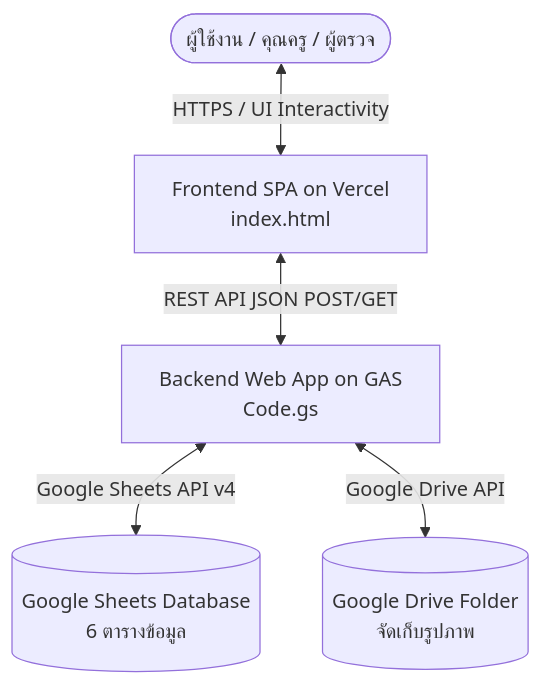
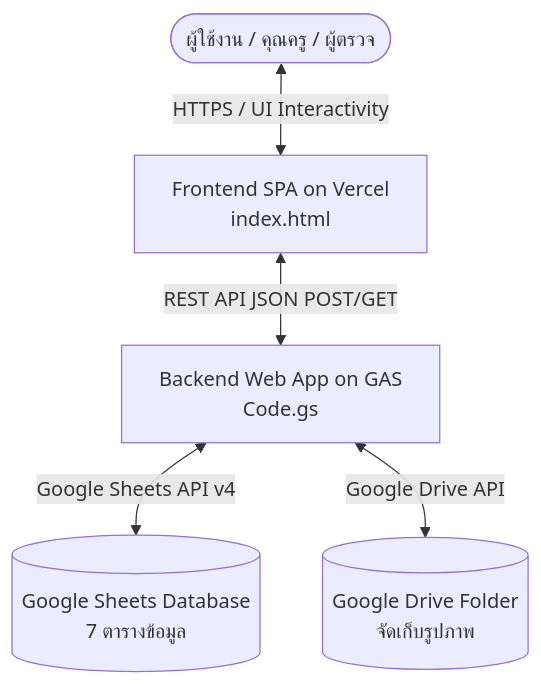
Before and after one commit to pcskschool/pcsk-checkclassroom: the diagram in AGENTS.md, drawn with Mermaid. The commit also changed other lines of this file and 2 other files, not shown here.

````diff
--- a/AGENTS.md
+++ b/AGENTS.md
@@ -14,7 +14,7 @@
 ```mermaid
 graph TD
     User([ผู้ใช้งาน / คุณครู / ผู้ตรวจ]) <-->|HTTPS / UI Interactivity| Vercel[Frontend SPA on Vercel<br/>index.html]
     Vercel <-->|REST API JSON POST/GET| GAS[Backend Web App on GAS<br/>Code.gs]
-    GAS <-->|Google Sheets API v4| Sheets[(Google Sheets Database<br/>6 ตารางข้อมูล)]
+    GAS <-->|Google Sheets API v4| Sheets[(Google Sheets Database<br/>7 ตารางข้อมูล)]
     GAS <-->|Google Drive API| Drive[(Google Drive Folder<br/>จัดเก็บรูปภาพ)]
 ```
````
